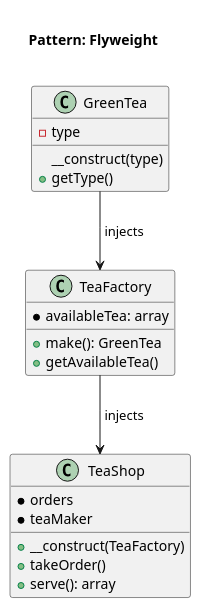
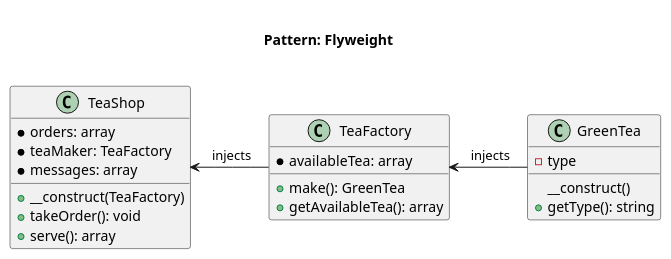
One commit to rosselli/design-patterns-implemented.concepts changed the diagram in patterns/structural/flyweight/kamran-ahmed/diagram.pu. Above: the diagram before and after it, drawn with PlantUML. The commit also changed 10 other files, not shown here.

```diff
--- a/patterns/structural/flyweight/kamran-ahmed/diagram.pu
+++ b/patterns/structural/flyweight/kamran-ahmed/diagram.pu
@@ -1,27 +1,27 @@
 @startuml
     Title <size:20>\nPattern: Flyweight\n
 
     class GreenTea {
     	- type
-    	__construct(type)
-    	+ getType()
-
+    	__construct()
+    	+ getType(): string
     }
 
     class TeaFactory {
         * availableTea: array
         + make(): GreenTea
-        + getAvailableTea()
+        + getAvailableTea(): array
     }
 
     class TeaShop {
-        * orders
-        * teaMaker
+        * orders: array
+        * teaMaker: TeaFactory
+        * messages: array
         + __construct(TeaFactory)
-        + takeOrder()
+        + takeOrder(): void
         + serve(): array
     }
 
-    GreenTea --> TeaFactory: " injects"
-    TeaFactory --> TeaShop: " injects"
+    GreenTea -left-> TeaFactory: " injects"
+    TeaFactory -left-> TeaShop: " injects"
 @enduml
```
